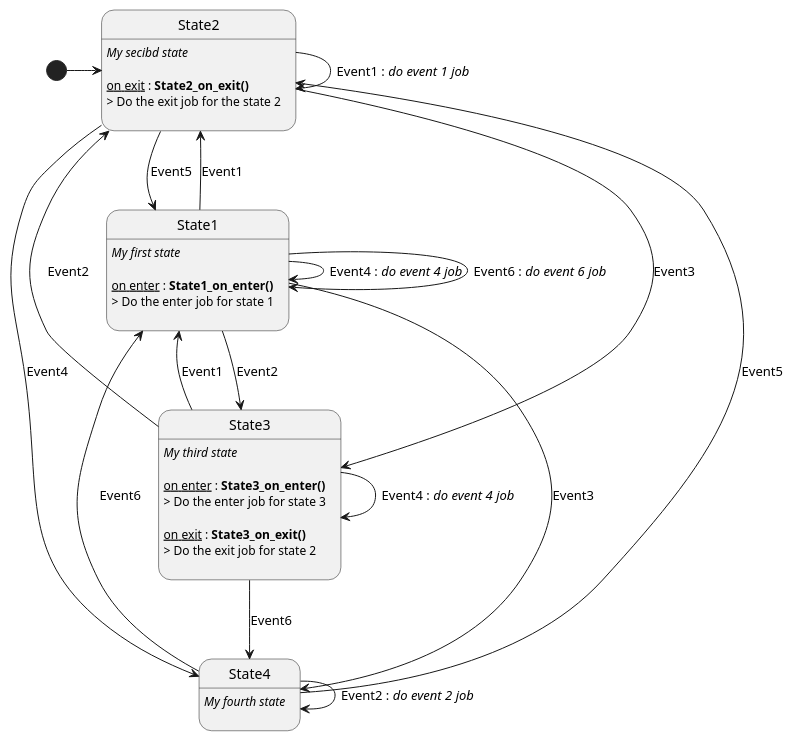
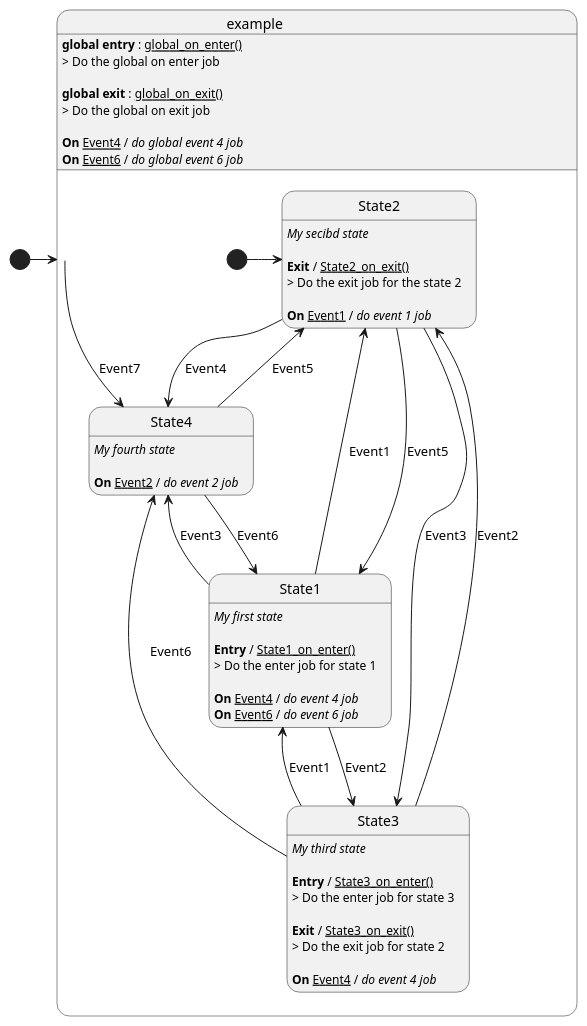
The diagram in generator/output/machine_example.plantuml (technosvitman/statemachine), drawn with PlantUML before and after one commit. The commit also changed 5 other files, not shown here.

Commit message:
Update UML

```diff
--- a/generator/output/machine_example.plantuml
+++ b/generator/output/machine_example.plantuml
@@ -2,45 +2,58 @@
 @startuml
+
+[*] -> example
+state example{
+example : **global entry** : __global_on_enter()__
+example : > Do the global on enter job\n
+example : **global exit** : __global_on_exit()__
+example : > Do the global on exit job\n
+example --> State4 : Event7
+example : **On** __Event4__ / //do global event 4 job//
+example : **On** __Event6__ / //do global event 6 job//
+
+
 
 [*] -> State2
 
 State1 : //My first state//\n
-State1 : __on enter__ : **State1_on_enter()**
+State1 : **Entry** / __State1_on_enter()__
 State1 : > Do the enter job for state 1\n
 State1 --> State2 : Event1
 State1 --> State3 : Event2
 State1 --> State4 : Event3
-State1 --> State1 : Event4 : //do event 4 job//
-State1 --> State1 : Event6 : //do event 6 job//
+State1 : **On** __Event4__ / //do event 4 job//
+State1 : **On** __Event6__ / //do event 6 job//
 
 
 
 State2 : //My secibd state//\n
-State2 : __on exit__ : **State2_on_exit()**
+State2 : **Exit** / __State2_on_exit()__
 State2 : > Do the exit job for the state 2\n
 State2 --> State3 : Event3
 State2 --> State4 : Event4
 State2 --> State1 : Event5
-State2 --> State2 : Event1 : //do event 1 job//
+State2 : **On** __Event1__ / //do event 1 job//
 
 
 
 State3 : //My third state//\n
-State3 : __on enter__ : **State3_on_enter()**
+State3 : **Entry** / __State3_on_enter()__
 State3 : > Do the enter job for state 3\n
-State3 : __on exit__ : **State3_on_exit()**
+State3 : **Exit** / __State3_on_exit()__
 State3 : > Do the exit job for state 2\n
 State3 --> State4 : Event6
 State3 --> State2 : Event2
 State3 --> State1 : Event1
-State3 --> State3 : Event4 : //do event 4 job//
+State3 : **On** __Event4__ / //do event 4 job//
 
 
 
 State4 : //My fourth state//\n
 State4 --> State1 : Event6
 State4 --> State2 : Event5
-State4 --> State4 : Event2 : //do event 2 job//
+State4 : **On** __Event2__ / //do event 2 job//
 
 
+}
 
 @enduml
```
